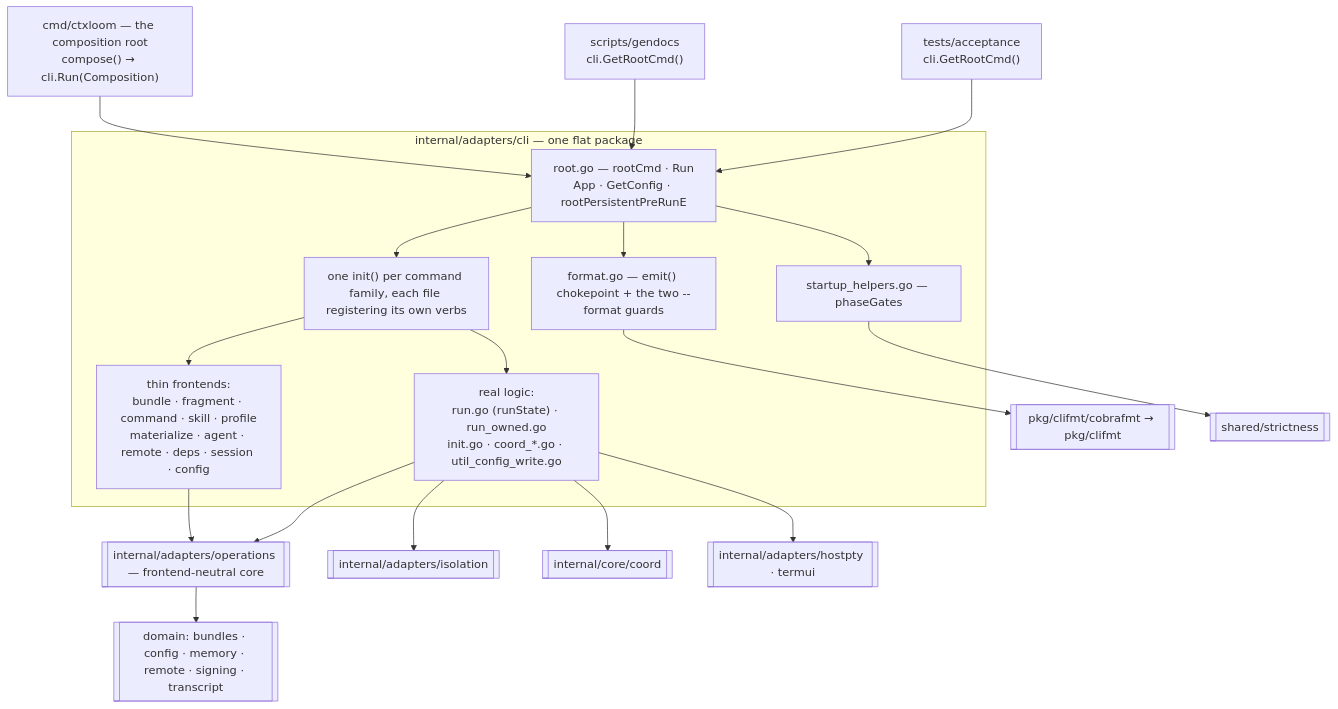
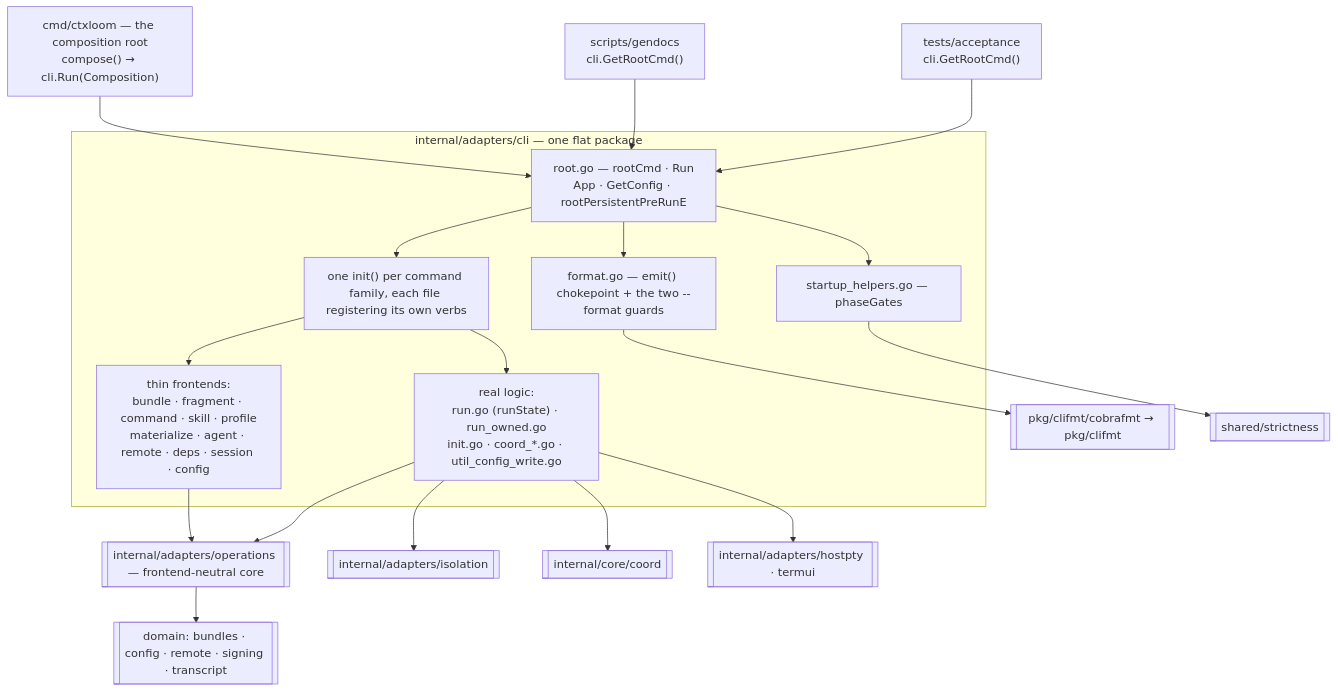
One commit to ctxloom/ctxloom changed the diagram in docs/architecture/cli/README.md. Above: the diagram before and after it, drawn with Mermaid. The commit also changed other lines of this file and 55 other files, not shown here.

First line of the commit message:
docs: session compaction removed — release notes, guides, architecture

````diff
--- a/docs/architecture/cli/README.md
+++ b/docs/architecture/cli/README.md
@@ -17,28 +17,28 @@
 ```mermaid
 flowchart TD
     MAIN["cmd/ctxloom — the composition root<br/>compose() → cli.Run(Composition)"]
     GD["scripts/gendocs<br/>cli.GetRootCmd()"]
     ACC["tests/acceptance<br/>cli.GetRootCmd()"]
 
     MAIN --> ROOT
     GD --> ROOT
     ACC --> ROOT
 
     subgraph cli["internal/adapters/cli — one flat package"]
         ROOT["root.go — rootCmd · Run<br/>App · GetConfig · rootPersistentPreRunE"]
         ROOT --> FMT["format.go — emit() chokepoint + the two --format guards"]
         ROOT --> SH["startup_helpers.go — phaseGates"]
         ROOT --> CMDS["one init() per command family, each file registering its own verbs"]
         CMDS --> THIN["thin frontends:<br/>bundle · fragment · command · skill · profile<br/>materialize · agent · remote · deps · session · config"]
         CMDS --> THICK["real logic:<br/>run.go (runState) · run_owned.go<br/>init.go · coord_*.go · util_config_write.go"]
     end
 
     THIN --> OPS[["internal/adapters/operations — frontend-neutral core"]]
     THICK --> OPS
     THICK --> ISO[["internal/adapters/isolation"]]
     THICK --> COORD[["internal/core/coord"]]
     THICK --> TTY[["internal/adapters/hostpty · termui"]]
-    OPS --> DOM[["domain: bundles · config · memory · remote · signing · transcript"]]
+    OPS --> DOM[["domain: bundles · config · remote · signing · transcript"]]
     FMT --> CE[["pkg/clifmt/cobrafmt → pkg/clifmt"]]
     SH --> STR[["shared/strictness"]]
 ```
````
